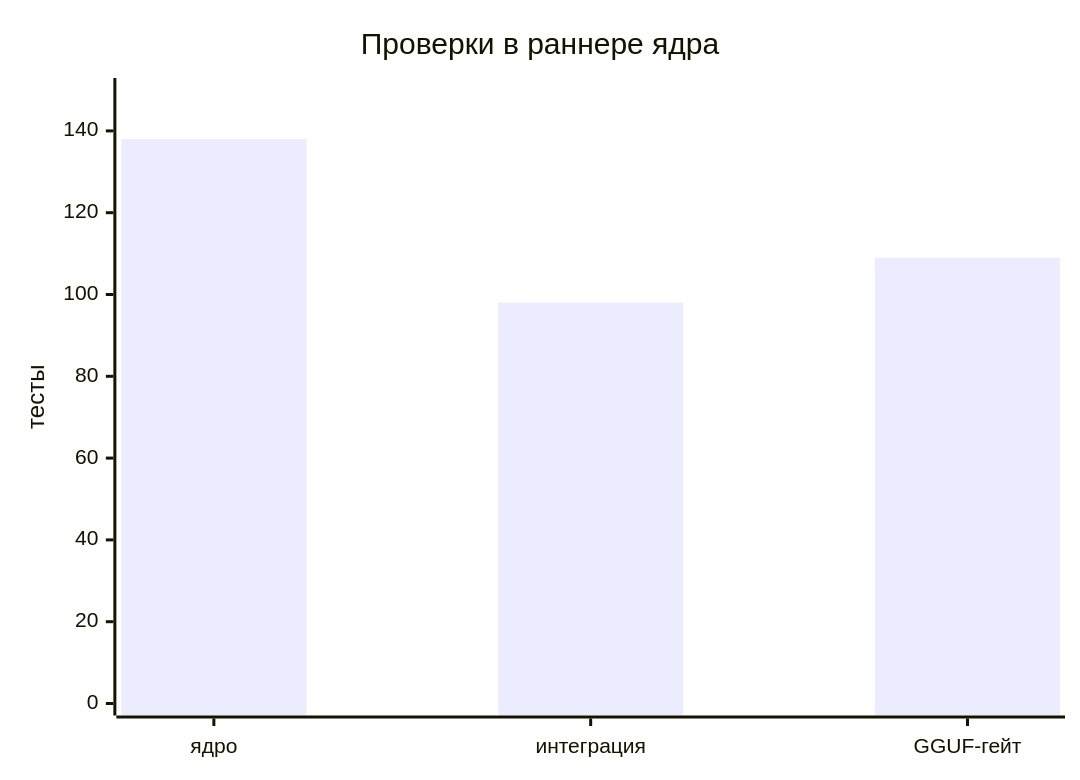
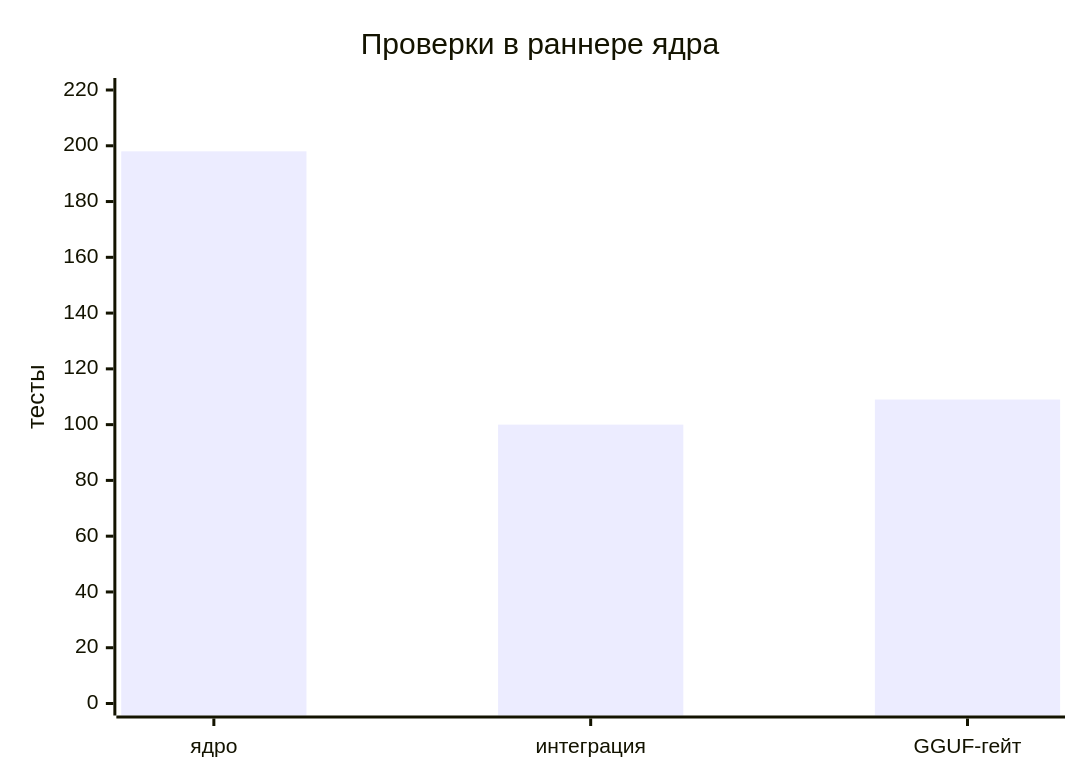
The fifth of 6 diagrams in README.md (fakingpescobar-ctrl/opencode-mobile), drawn with Mermaid before and after one commit. The commit also changed other lines of this file, not shown here.

````diff
--- a/README.md
+++ b/README.md
@@ -312,7 +340,7 @@
 ```mermaid
 xychart-beta
     title "Проверки в раннере ядра"
     x-axis ["ядро", "интеграция", "GGUF-гейт"]
-    y-axis "тесты" 0 --> 150
-    bar [138, 98, 109]
+    y-axis "тесты" 0 --> 220
+    bar [198, 100, 109]
 ```
````
